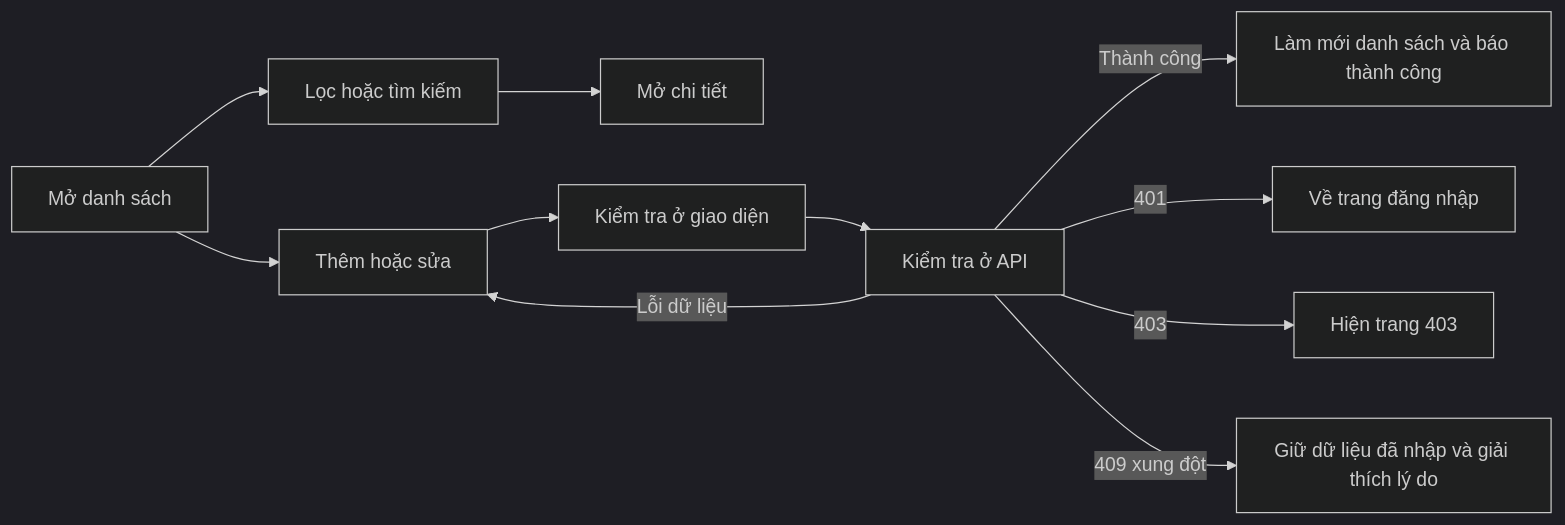
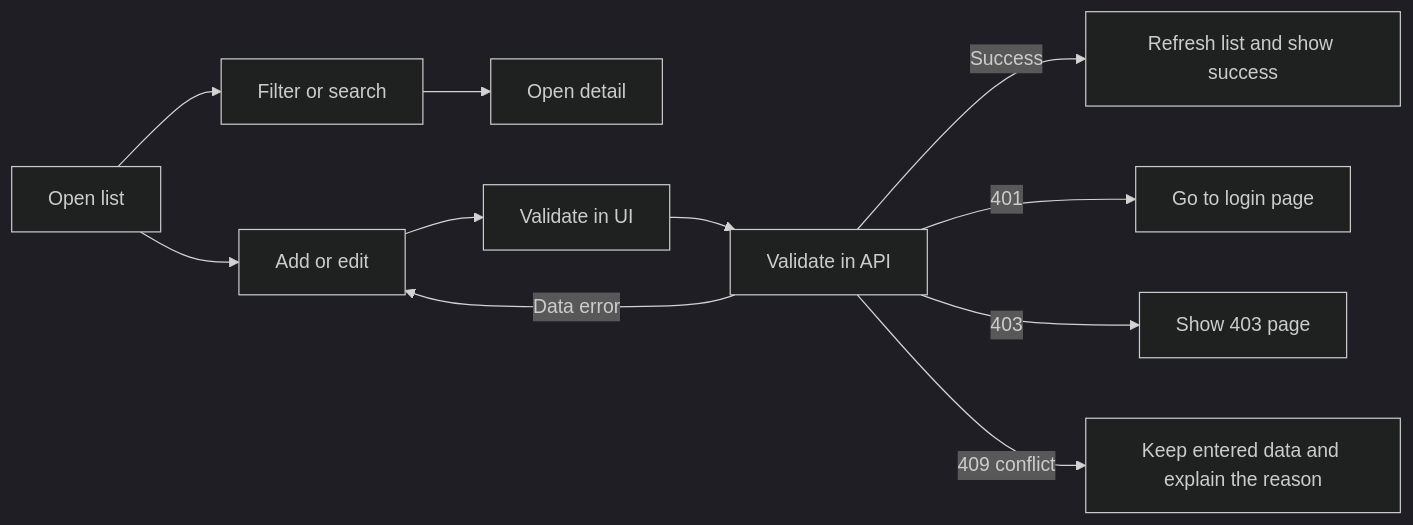
Before and after one commit to Akaza-ban/OCK-360: the second of 6 diagrams in docs/04-information-architecture.md, drawn with Mermaid (dark theme). The commit also changed other lines of this file and 24 other files, not shown here.

````diff
--- a/docs/04-information-architecture.md
+++ b/docs/04-information-architecture.md
@@ -177,10 +177,10 @@
 ```mermaid
 flowchart LR
-    A["Mở danh sách"] --> B["Lọc hoặc tìm kiếm"] --> C["Mở chi tiết"]
-    A --> D["Thêm hoặc sửa"] --> E["Kiểm tra ở giao diện"] --> F["Kiểm tra ở API"]
-    F -->|Thành công| G["Làm mới danh sách và báo thành công"]
-    F -->|Lỗi dữ liệu| D
-    F -->|401| H["Về trang đăng nhập"]
-    F -->|403| I["Hiện trang 403"]
-    F -->|409 xung đột| J["Giữ dữ liệu đã nhập và giải thích lý do"]
+    A["Open list"] --> B["Filter or search"] --> C["Open detail"]
+    A --> D["Add or edit"] --> E["Validate in UI"] --> F["Validate in API"]
+    F --> |Success| G["Refresh list and show success"]
+    F --> |Data error| D
+    F --> |401| H["Go to login page"]
+    F --> |403| I["Show 403 page"]
+    F --> |409 conflict| J["Keep entered data and explain the reason"]
 ```
````
